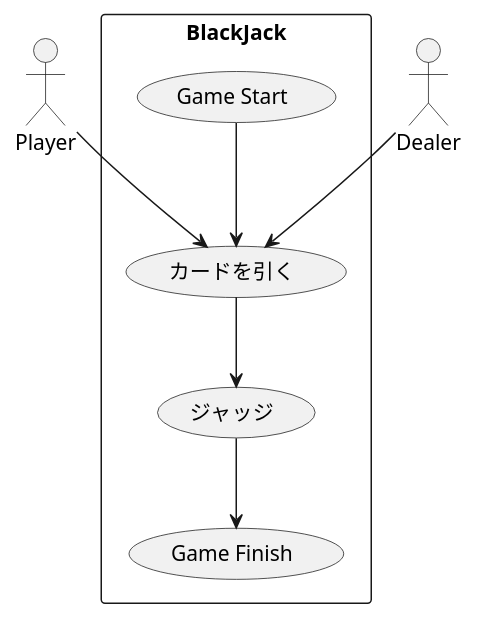
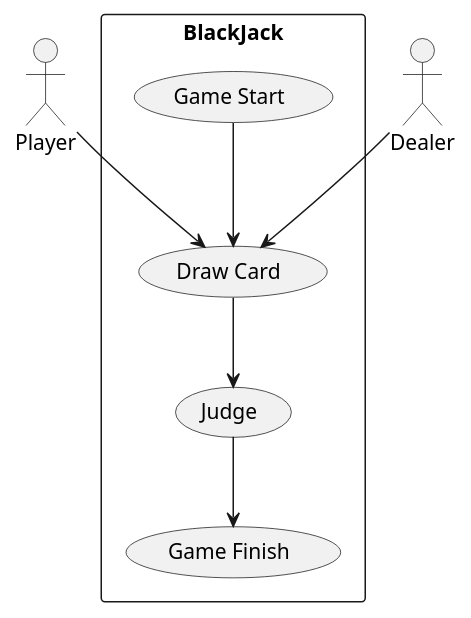
Before and after one commit to RohanKid/BlackJack: the diagram in src/PlantUML/BlackJackUseCase.pu, drawn with PlantUML. The commit also changed 5 other files, not shown here.

```diff
--- a/src/PlantUML/BlackJackUseCase.pu
+++ b/src/PlantUML/BlackJackUseCase.pu
@@ -1,15 +1,15 @@
-@startuml
+@startuml Blackjack
 rectangle BlackJack {
   usecase "Game Start" as UC1
-  usecase "カードを引く" as UC2
-  usecase "ジャッジ" as UC3
+  usecase "Draw Card" as UC2
+  usecase "Judge" as UC3
   usecase "Game Finish" as UC4
 }
 actor "Player" as Me
 actor "Dealer" as Dl
 Dl --> UC2
 UC1 --> UC2
 UC2 --> UC3
 UC3 --> UC4
 Me --> UC2
 @enduml
```
